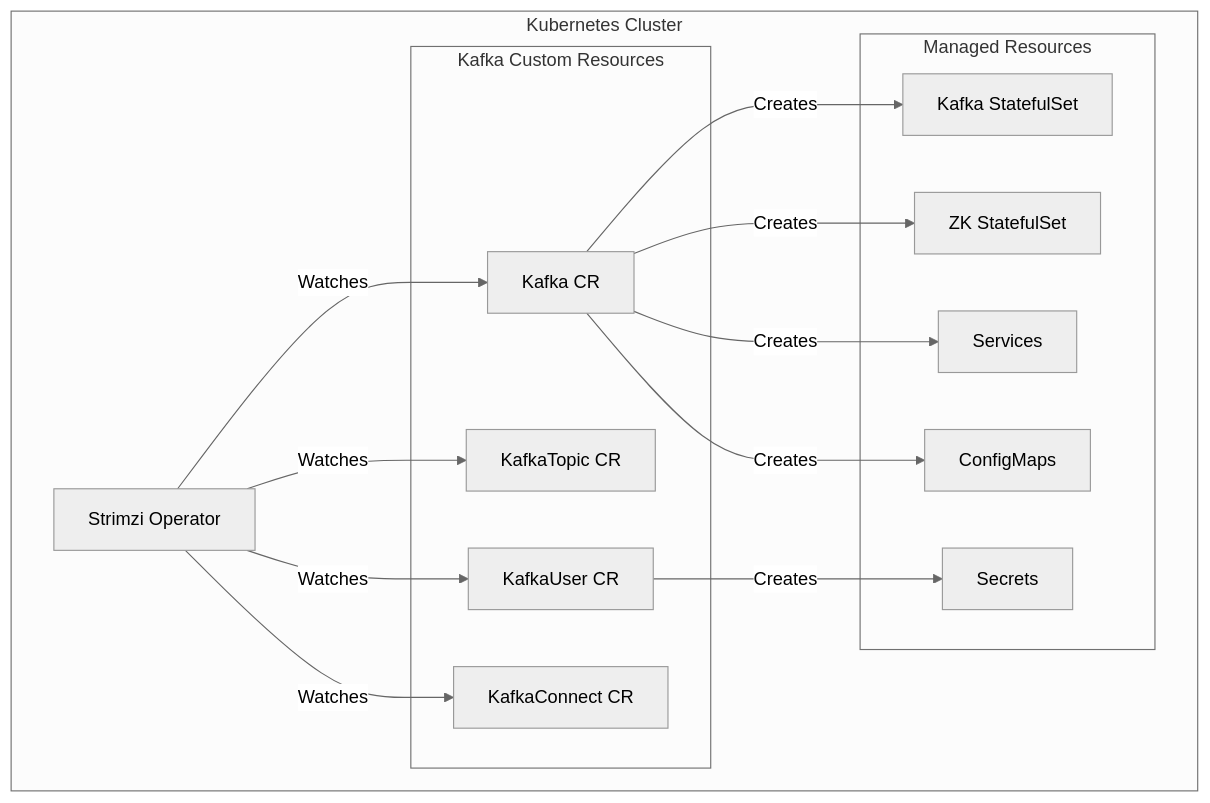
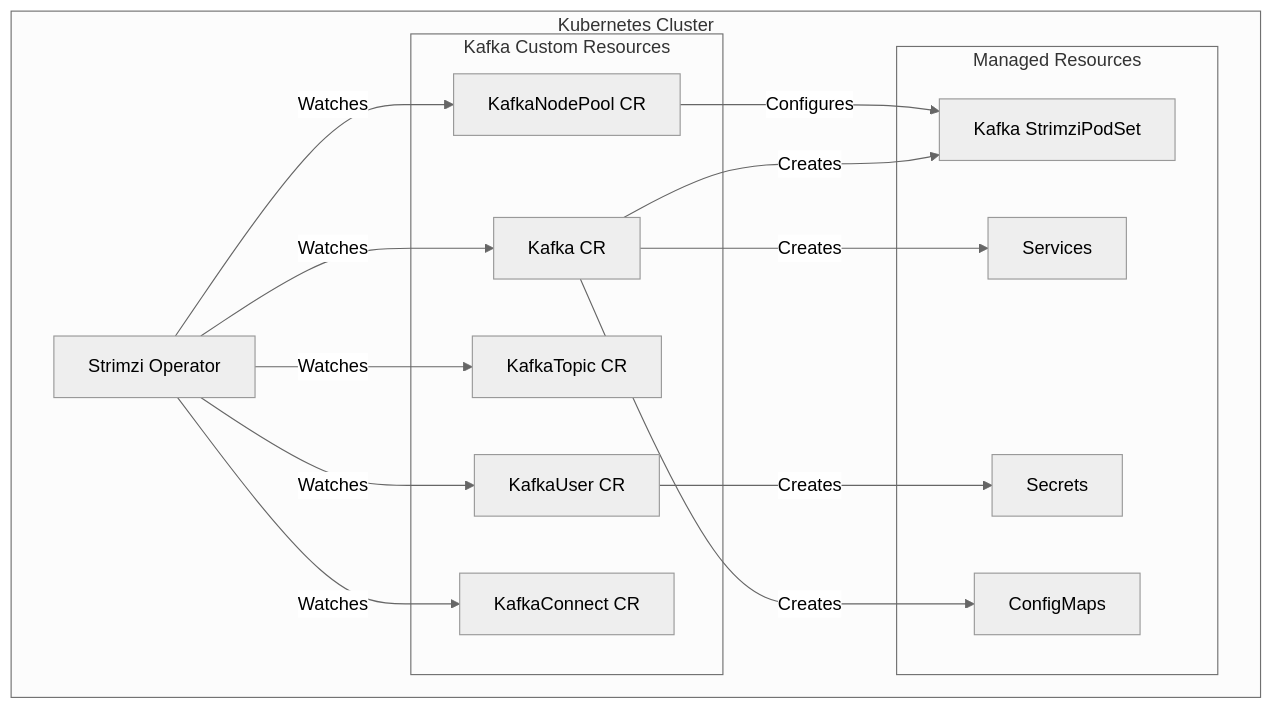
Before and after one commit to OneUptime/blog: the diagram in posts/2026-01-25-deploy-kafka-kubernetes-strimzi/README.md, drawn with Mermaid (neutral theme). The commit also changed other lines of this file and 2 other files, not shown here.

Commit message:
validate: 2026-01-25-deploy-kafka-kubernetes-strimzi

````diff
--- a/posts/2026-01-25-deploy-kafka-kubernetes-strimzi/README.md
+++ b/posts/2026-01-25-deploy-kafka-kubernetes-strimzi/README.md
@@ -17,32 +17,33 @@
 ```mermaid
 graph TB
     subgraph "Kubernetes Cluster"
         SO[Strimzi Operator]
 
         subgraph "Kafka Custom Resources"
             KC[Kafka CR]
+            KNP[KafkaNodePool CR]
             KT[KafkaTopic CR]
             KU[KafkaUser CR]
             KC2[KafkaConnect CR]
         end
 
         subgraph "Managed Resources"
-            SS1[Kafka StatefulSet]
-            SS2[ZK StatefulSet]
+            SS1[Kafka StrimziPodSet]
             SVC[Services]
             SEC[Secrets]
             CM[ConfigMaps]
         end
     end
 
     SO -->|Watches| KC
+    SO -->|Watches| KNP
     SO -->|Watches| KT
     SO -->|Watches| KU
     SO -->|Watches| KC2
 
     KC -->|Creates| SS1
-    KC -->|Creates| SS2
+    KNP -->|Configures| SS1
     KC -->|Creates| SVC
     KU -->|Creates| SEC
     KC -->|Creates| CM
 ```
````
